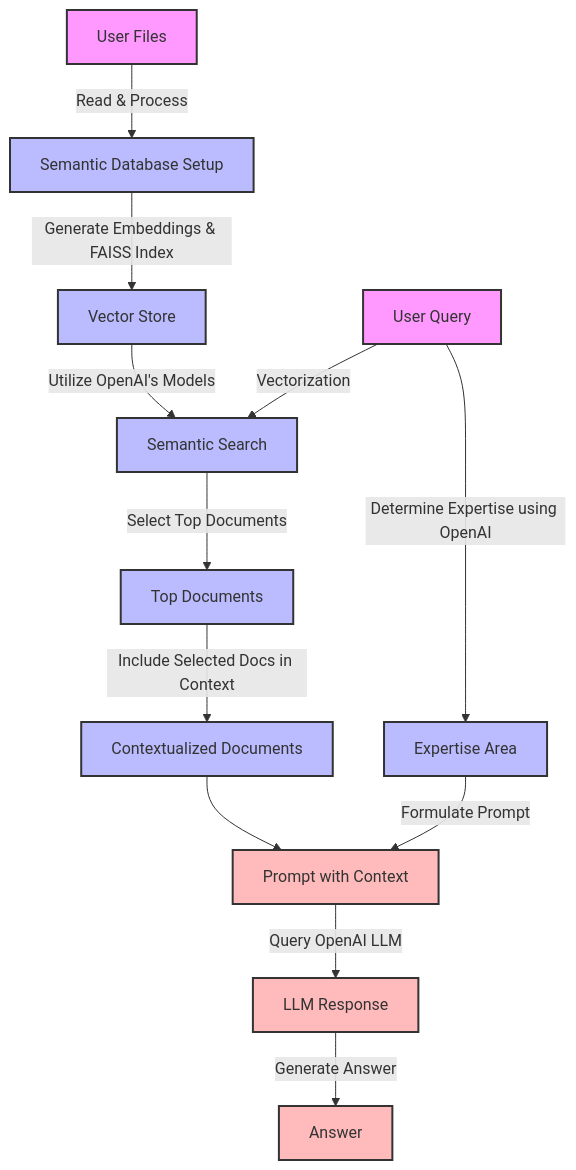
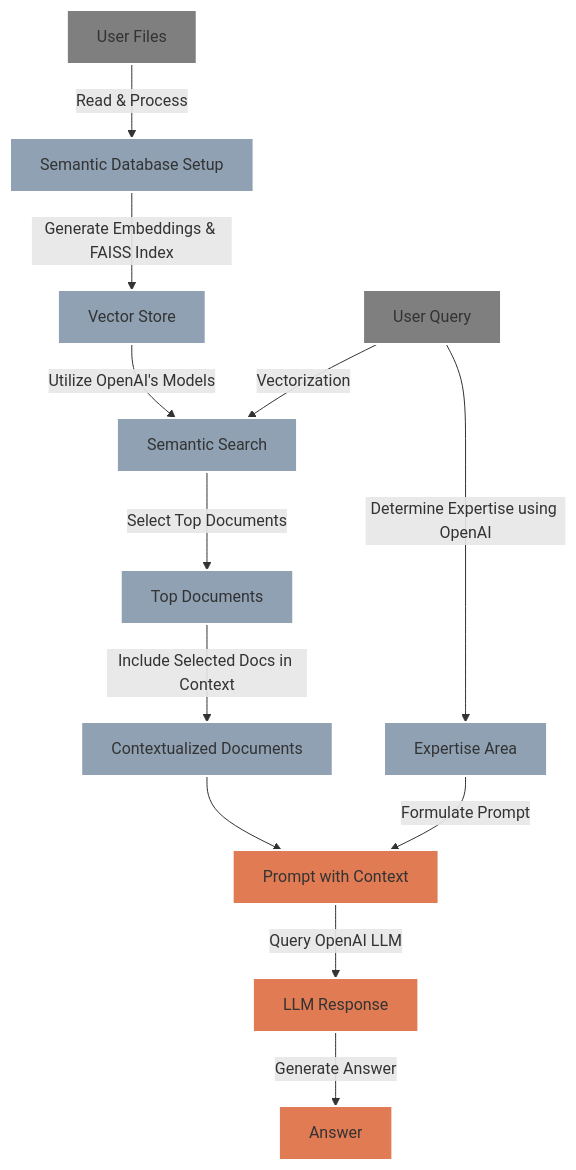
One commit to labrijisaad/LLM-RAG changed the diagram in README.md. Above: the diagram before and after it, drawn with Mermaid.

Commit message:
Update the mermaid graph

````diff
--- a/README.md
+++ b/README.md
@@ -6,26 +6,26 @@
 ```mermaid
 graph TD
     A[User Files] -->|Read & Process| B[Semantic Database Setup]
     B -->|Generate Embeddings & FAISS Index| C[Vector Store]
     C -->|Utilize OpenAI's Models| D[Semantic Search]
     E[User Query] -->|Vectorization| D
     D -->|Select Top Documents| F[Top Documents]
     F -->|Include Selected Docs in Context| G[Contextualized Documents]
     E -->|Determine Expertise using OpenAI| H[Expertise Area]
     H -->|Formulate Prompt| I[Prompt with Context]
     G --> I
     I -->|Query OpenAI LLM| J[LLM Response]
     J -->|Generate Answer| K[Answer]
 
-    style A fill:#f9f,stroke:#333,stroke-width:2px
-    style B fill:#bbf,stroke:#333,stroke-width:2px
-    style C fill:#bbf,stroke:#333,stroke-width:2px
-    style D fill:#bbf,stroke:#333,stroke-width:2px
-    style E fill:#f9f,stroke:#333,stroke-width:2px
-    style F fill:#bbf,stroke:#333,stroke-width:2px
-    style G fill:#bbf,stroke:#333,stroke-width:2px
-    style H fill:#bbf,stroke:#333,stroke-width:2px
-    style I fill:#fbb,stroke:#333,stroke-width:2px
-    style J fill:#fbb,stroke:#333,stroke-width:2px
-    style K fill:#fbb,stroke:#333,stroke-width:2px
+    style A fill:#7f7f7f,stroke:#fff,stroke-width:2px
+    style B fill:#8fa1b3,stroke:#fff,stroke-width:2px
+    style C fill:#8fa1b3,stroke:#fff,stroke-width:2px
+    style D fill:#8fa1b3,stroke:#fff,stroke-width:2px
+    style E fill:#7f7f7f,stroke:#fff,stroke-width:2px
+    style F fill:#8fa1b3,stroke:#fff,stroke-width:2px
+    style G fill:#8fa1b3,stroke:#fff,stroke-width:2px
+    style H fill:#8fa1b3,stroke:#fff,stroke-width:2px
+    style I fill:#e07b53,stroke:#fff,stroke-width:2px
+    style J fill:#e07b53,stroke:#fff,stroke-width:2px
+    style K fill:#e07b53,stroke:#fff,stroke-width:2px
 ```
````
